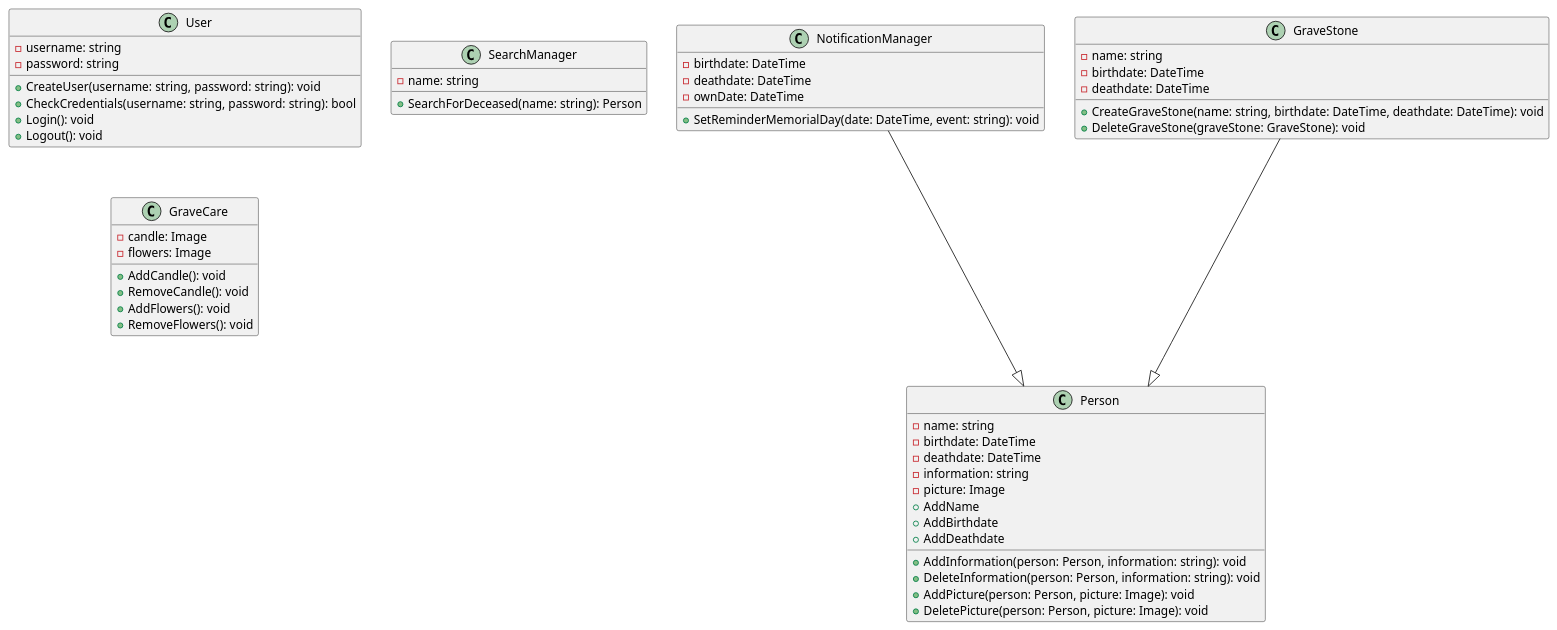
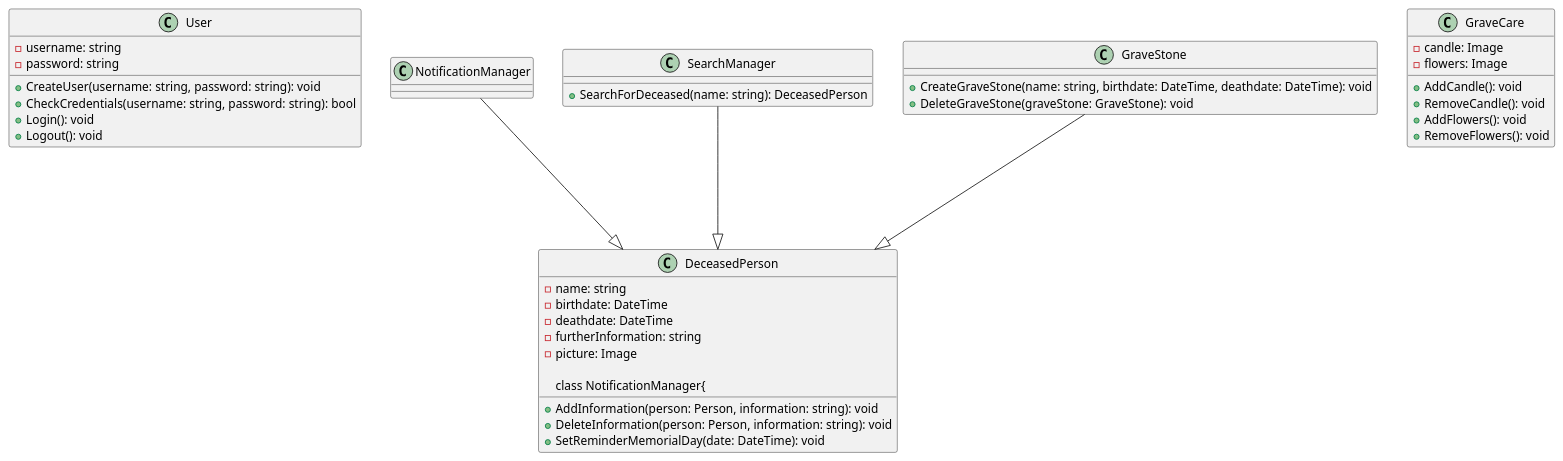
The diagram in Klassendiagramm.plantuml (luisewinzer/SE-Projekt), drawn with PlantUML before and after one commit. The commit also changed other lines of this file, not shown here.

```diff
--- a/Klassendiagramm.plantuml
+++ b/Klassendiagramm.plantuml
@@ -71,57 +1,45 @@
 @startuml
 class User{
 - username: string
 - password: string
 + CreateUser(username: string, password: string): void
 + CheckCredentials(username: string, password: string): bool
 + Login(): void
 + Logout(): void
 }
 
-class Person{
+class DeceasedPerson{
 - name: string
 - birthdate: DateTime
 - deathdate: DateTime
-- information: string
+- furtherInformation: string
 - picture: Image
-+ AddName
-+ AddBirthdate
-+ AddDeathdate
 + AddInformation(person: Person, information: string): void
 + DeleteInformation(person: Person, information: string): void
-+ AddPicture(person: Person, picture: Image): void
-+ DeletePicture(person: Person, picture: Image): void
-}
 
 class NotificationManager{
-- birthdate: DateTime
-- deathdate: DateTime
-- ownDate: DateTime
-+ SetReminderMemorialDay(date: DateTime, event: string): void
++ SetReminderMemorialDay(date: DateTime): void
 }
-NotificationManager ---|> Person
+NotificationManager ---|> DeceasedPerson
 
 class SearchManager{
-- name: string
-+ SearchForDeceased(name: string): Person
++ SearchForDeceased(name: string): DeceasedPerson
 }
+SearchManager ---|> DeceasedPerson
 
 class GraveStone{
-- name: string
-- birthdate: DateTime
-- deathdate: DateTime
 + CreateGraveStone(name: string, birthdate: DateTime, deathdate: DateTime): void
 + DeleteGraveStone(graveStone: GraveStone): void
 }
-GraveStone ---|> Person
+GraveStone ---|> DeceasedPerson
 
 class GraveCare{
 - candle: Image
 - flowers: Image
 + AddCandle(): void
 + RemoveCandle(): void
 + AddFlowers(): void
 + RemoveFlowers(): void
 }
 
 @enduml
```
